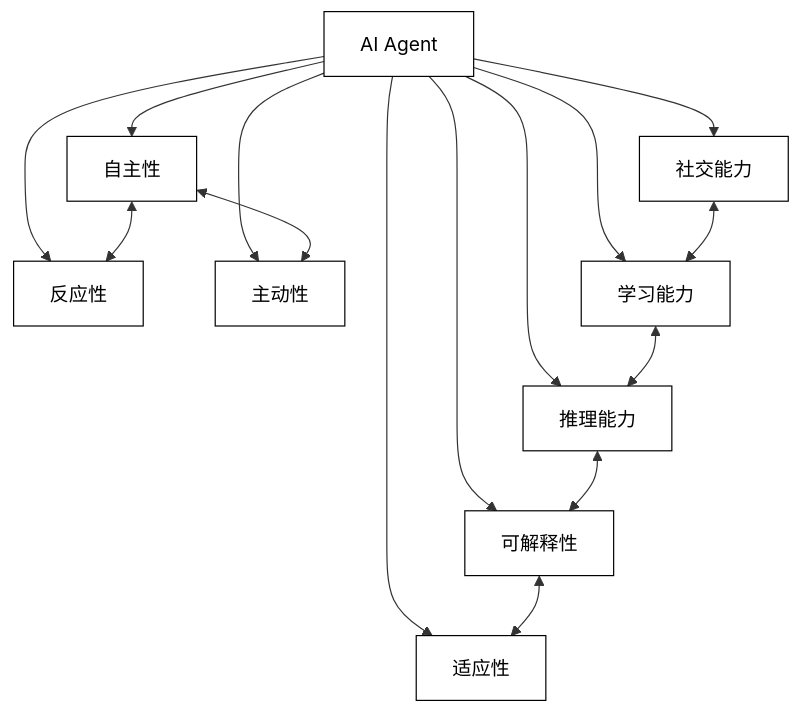
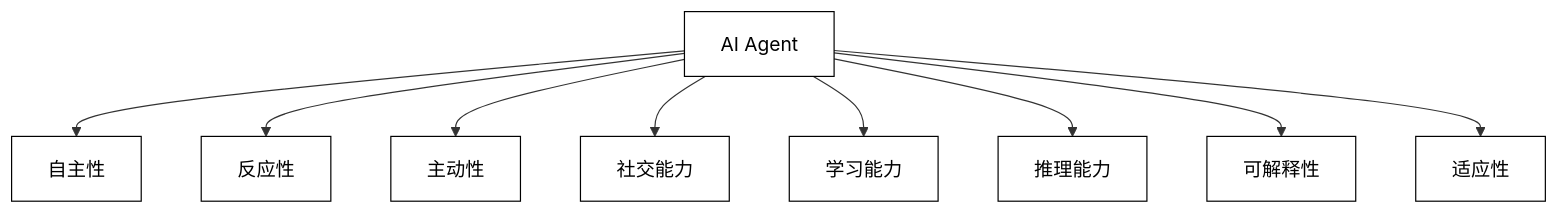
The third of 11 diagrams in 第1章 全面认识AI Agent.md (AIGeniusInstitute/AI-Agent-Principle-and-Application), drawn with Mermaid before and after one commit. The commit also changed other lines of this file, not shown here.

````diff
--- a/第1章 全面认识AI Agent.md
+++ b/第1章 全面认识AI Agent.md
@@ -177,20 +173,14 @@
 ```mermaid
 graph TD
     A[AI Agent] --> B[自主性]
     A --> C[反应性]
     A --> D[主动性]
     A --> E[社交能力]
     A --> F[学习能力]
     A --> G[推理能力]
     A --> H[可解释性]
     A --> I[适应性]
-    B <--> C
-    B <--> D
-    E <--> F
-    F <--> G
-    G <--> H
-    H <--> I
 
 %% 自定义样式
 classDef default fill:#ffffff,stroke:#000000,color:#000000;
 ```
````
